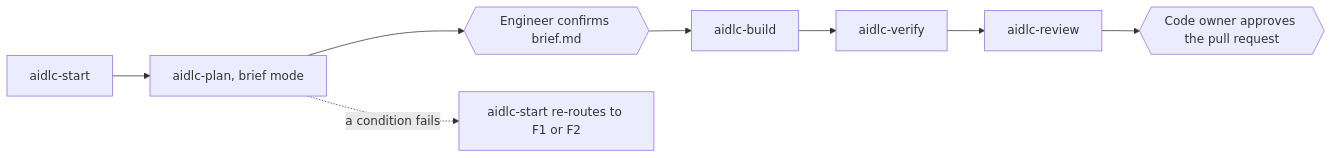
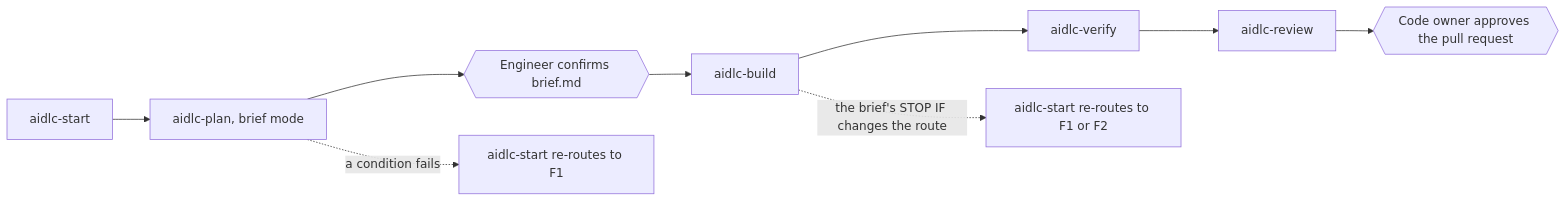
The second of 11 diagrams in docs/operating-model/routes.md (prashantsharma18/aidlc), drawn with Mermaid before and after one commit. The commit also changed other lines of this file and 3 other files, not shown here.

First line of the commit message:
fix(docs): Plan 18 final review: UNAFFECTED in the story index, status --write, no-repro stop, route I via aidlc-operate, every gate on the sheet, Tier 1 plan approval

````diff
--- a/docs/operating-model/routes.md
+++ b/docs/operating-model/routes.md
@@ -56,10 +60,11 @@
 ```mermaid
 flowchart LR
     start["aidlc-start"] --> plan["aidlc-plan, brief mode"]
     plan --> confirm{{"Engineer confirms brief.md"}}
     confirm --> build["aidlc-build"]
     build --> verify["aidlc-verify"]
     verify --> review["aidlc-review"]
     review --> merge{{"Code owner approves the pull request"}}
-    plan -.->|"a condition fails"| reroute["aidlc-start re-routes to F1 or F2"]
+    plan -.->|"a condition fails"| reroute["aidlc-start re-routes to F1"]
+    build -.->|"the brief's STOP IF changes the route"| rebuild["aidlc-start re-routes to F1 or F2"]
 ```
````
